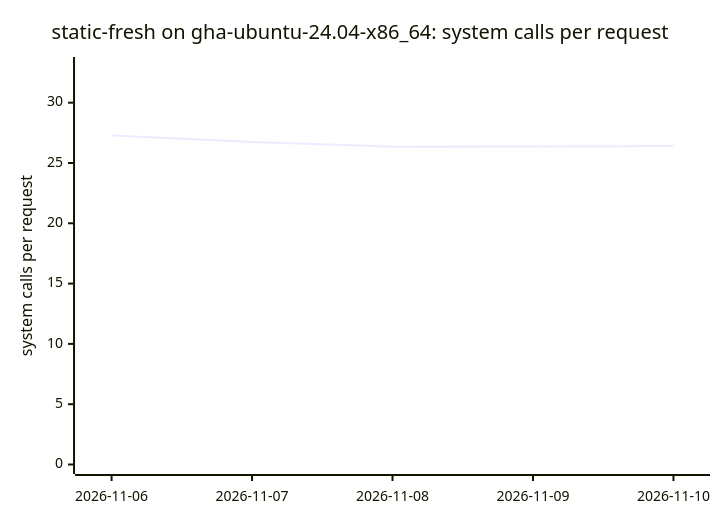
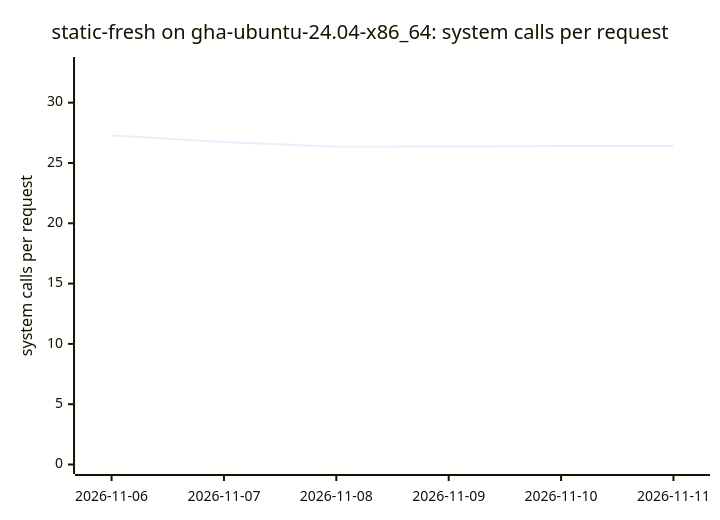
One commit to ThePixelPilgrim/durchlauferhitzer changed diagram 12 of 18 in BENCHMARKS.md. Above: the diagram before and after it, drawn with Mermaid. The commit also changed other lines of this file and 1 other file, not shown here.

````diff
--- a/BENCHMARKS.md
+++ b/BENCHMARKS.md
@@ -138,7 +138,7 @@
 ```mermaid
 xychart-beta
   title "static-fresh on gha-ubuntu-24.04-x86_64: system calls per request"
-  x-axis ["2026-11-06", "2026-11-07", "2026-11-08", "2026-11-09", "2026-11-10"]
+  x-axis ["2026-11-06", "2026-11-07", "2026-11-08", "2026-11-09", "2026-11-10", "2026-11-11"]
   y-axis "system calls per request" 0 --> 33
-  line [27.28, 26.75, 26.35, 26.36, 26.40]
+  line [27.28, 26.75, 26.35, 26.36, 26.40, 26.40]
 ```
````
